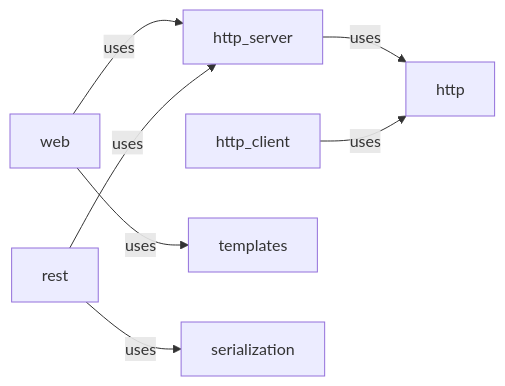
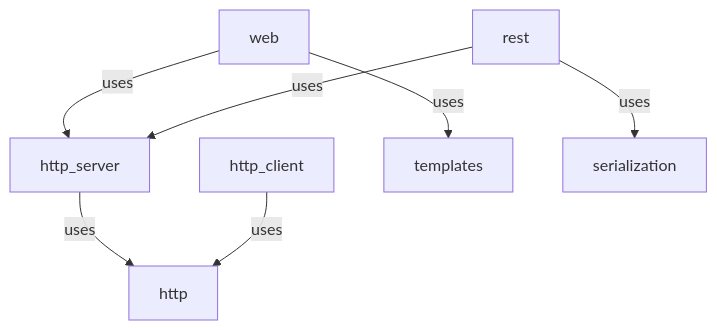
One commit to hexagontk/hexagon changed the diagram in site/pages/index.md. Above: the diagram before and after it, drawn with Mermaid. The commit also changed 10 other files, not shown here.

````diff
--- a/site/pages/index.md
+++ b/site/pages/index.md
@@ -169,9 +169,9 @@
 ```mermaid
-graph LR
+graph TD
   http_server -->|uses| http
   http_client -->|uses| http
   web -->|uses| http_server
   web -->|uses| templates
   rest -->|uses| http_server
   rest -->|uses| serialization
 ```
````
